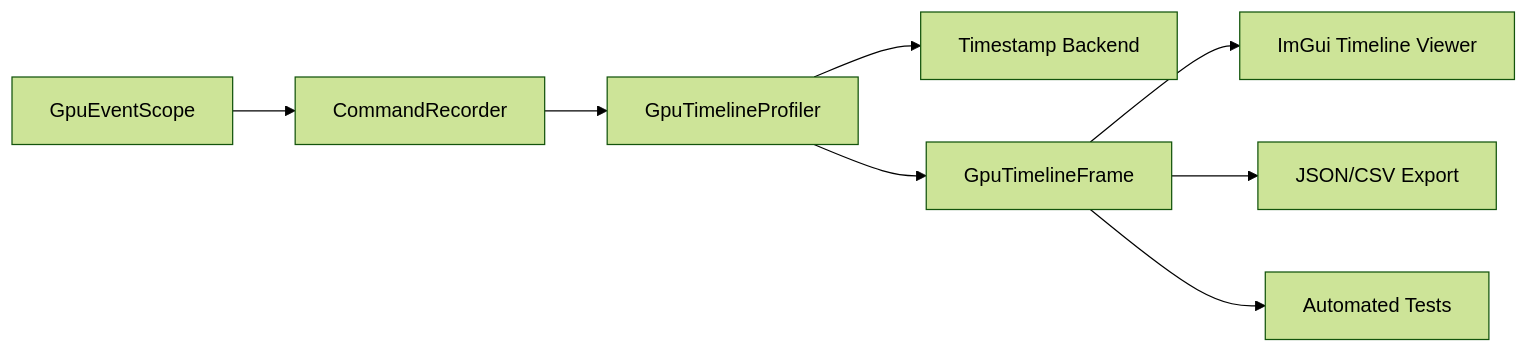
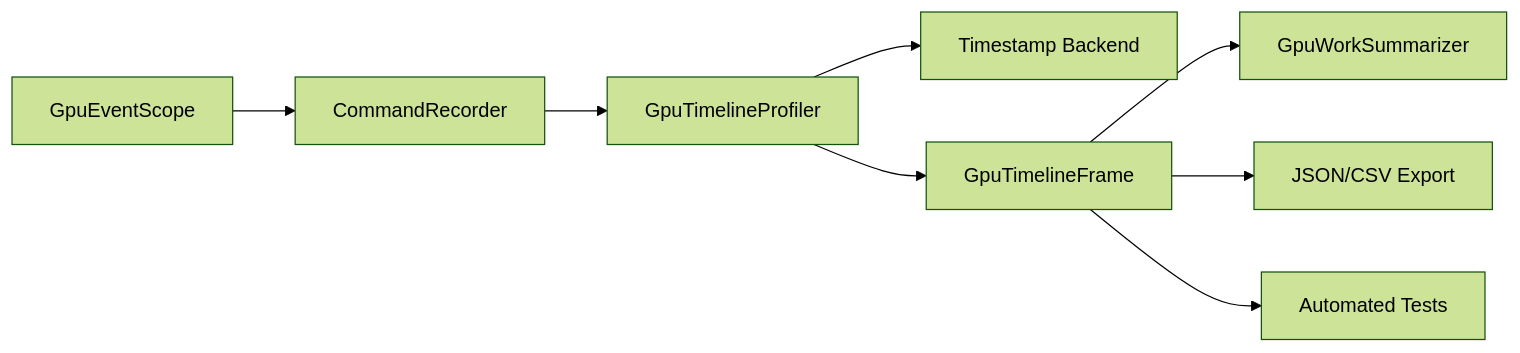
The first of 2 diagrams in projects/Oxygen.Engine/design/profiling/built-in-gpu-timing-architecture.md (abdes/DroidNet), drawn with Mermaid (forest theme) before and after one commit. The commit also changed other lines of this file and 9 other files, not shown here.

First line of the commit message:
docs(vortex): design the GPU work summary and move ImGui out of Vortex

````diff
--- a/projects/Oxygen.Engine/design/profiling/built-in-gpu-timing-architecture.md
+++ b/projects/Oxygen.Engine/design/profiling/built-in-gpu-timing-architecture.md
@@ -76,10 +76,10 @@
 ```mermaid
 flowchart LR
   A[GpuEventScope] --> B[CommandRecorder]
   B --> C[GpuTimelineProfiler]
   C --> D[Timestamp Backend]
   C --> E[GpuTimelineFrame]
-  E --> F[ImGui Timeline Viewer]
+  E --> F[GpuWorkSummarizer]
   E --> G[JSON/CSV Export]
   E --> H[Automated Tests]
 ```
````
